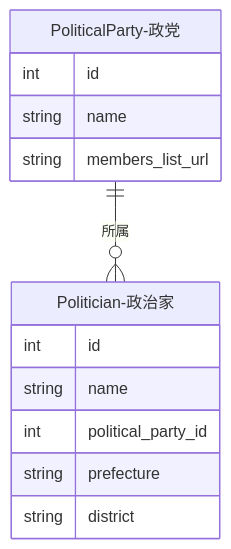
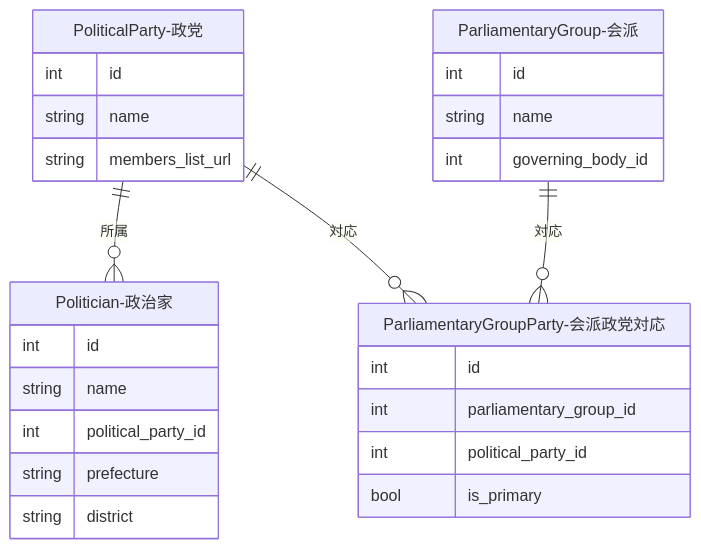
Before and after one commit to sage-base/corporation-docs: the diagram in docs/development/data-creation/political-party.md, drawn with Mermaid. The commit also changed other lines of this file and 7 other files, not shown here.

````diff
--- a/docs/development/data-creation/political-party.md
+++ b/docs/development/data-creation/political-party.md
@@ -20,18 +27,33 @@
 ```mermaid
 erDiagram
     PoliticalParty-政党 ||--o{ Politician-政治家 : "所属"
+    PoliticalParty-政党 ||--o{ ParliamentaryGroupParty-会派政党対応 : "対応"
+    ParliamentaryGroup-会派 ||--o{ ParliamentaryGroupParty-会派政党対応 : "対応"
+
     PoliticalParty-政党 {
         int id
         string name
         string members_list_url
     }
 
     Politician-政治家 {
         int id
         string name
         int political_party_id
         string prefecture
         string district
     }
 
+    ParliamentaryGroupParty-会派政党対応 {
+        int id
+        int parliamentary_group_id
+        int political_party_id
+        bool is_primary
+    }
+
+    ParliamentaryGroup-会派 {
+        int id
+        string name
+        int governing_body_id
+    }
 ```
````
